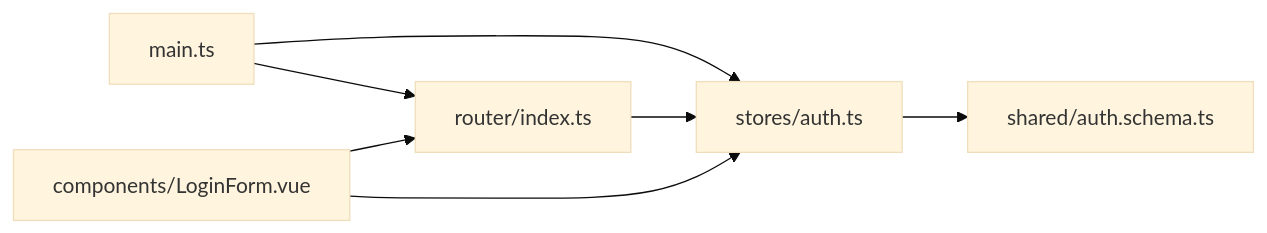
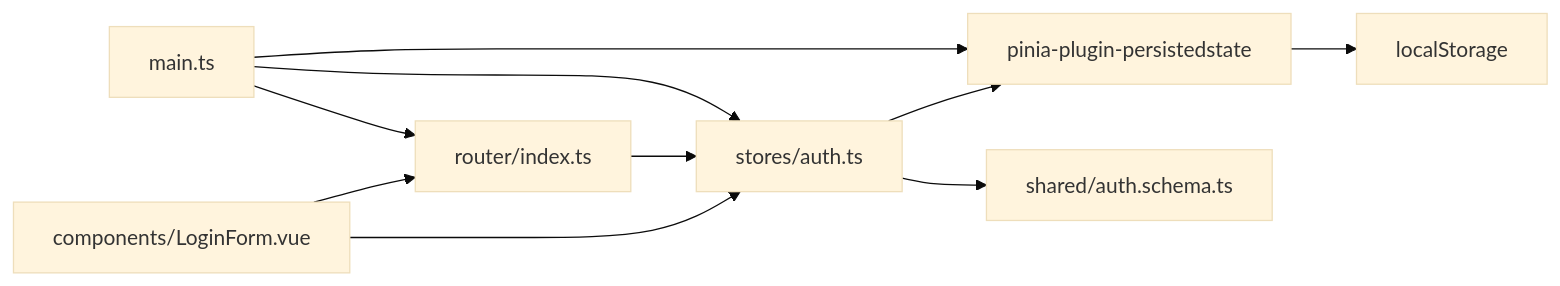
One commit to xixixiaoyu/vue3-nest-template changed the fifth of 5 diagrams in .qoder/repowiki/zh/content/前端应用/路由系统/导航守卫与权限控制.md. Above: the diagram before and after it, drawn with Mermaid (base theme). The commit also changed other lines of this file and 5 other files, not shown here.

````diff
--- a/.qoder/repowiki/zh/content/前端应用/路由系统/导航守卫与权限控制.md
+++ b/.qoder/repowiki/zh/content/前端应用/路由系统/导航守卫与权限控制.md
@@ -257,9 +294,12 @@
 ```mermaid
 graph LR
 M["main.ts"] --> R["router/index.ts"]
 M --> S["stores/auth.ts"]
+M --> P["pinia-plugin-persistedstate"]
 R --> S
 L["components/LoginForm.vue"] --> S
 L --> R
 S --> SH["shared/auth.schema.ts"]
+S --> P
+P --> LS["localStorage"]
 ```
````
